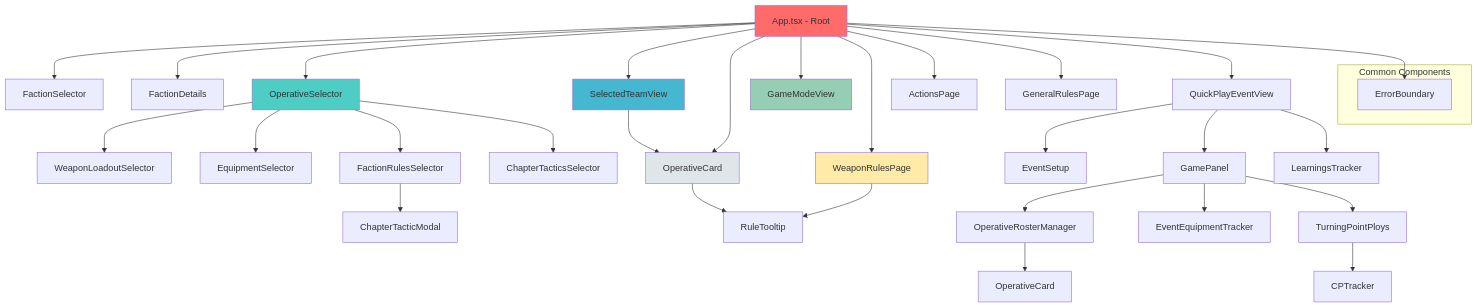
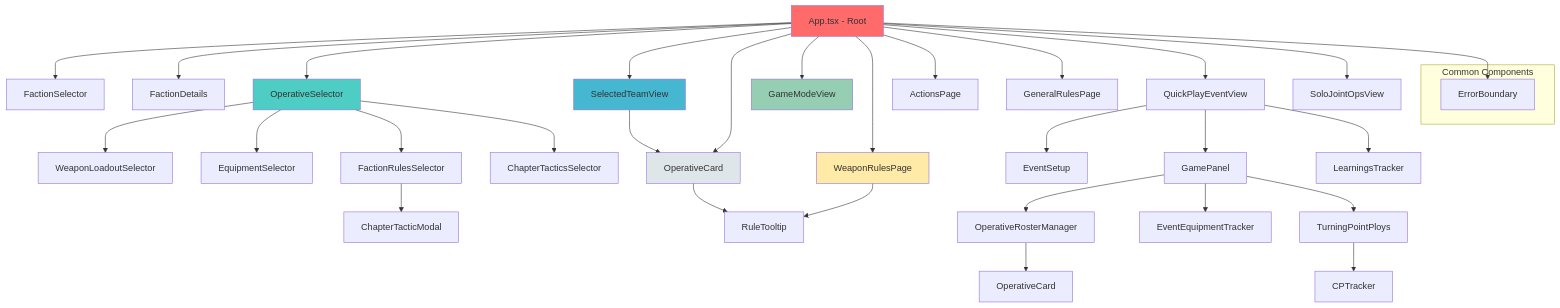
Before and after one commit to aaronbridgeman/wh40k-killteamtools: the second of 6 diagrams in ARCHITECTURE.md, drawn with Mermaid. The commit also changed other lines of this file and 6 other files, not shown here.

First line of the commit message:
feat: start solo joint ops implementation with starter workflow

````diff
--- a/ARCHITECTURE.md
+++ b/ARCHITECTURE.md
@@ -69,51 +69,52 @@
 ```mermaid
 graph TD
     App[App.tsx - Root]
 
     App --> FS[FactionSelector]
     App --> FD[FactionDetails]
     App --> OS[OperativeSelector]
     App --> STV[SelectedTeamView]
     App --> OC[OperativeCard]
     App --> GMV[GameModeView]
     App --> WRP[WeaponRulesPage]
     App --> AP[ActionsPage]
     App --> GRP[GeneralRulesPage]
     App --> QPE[QuickPlayEventView]
+    App --> SJO[SoloJointOpsView]
 
     QPE --> ES2[EventSetup]
     QPE --> GP[GamePanel]
     QPE --> LT[LearningsTracker]
 
     GP --> ORM[OperativeRosterManager]
     GP --> EET[EventEquipmentTracker]
     GP --> TPP[TurningPointPloys]
 
     ORM --> OC2[OperativeCard]
     TPP --> CPT[CPTracker]
 
     OS --> WLS[WeaponLoadoutSelector]
     OS --> ES[EquipmentSelector]
     OS --> FRS[FactionRulesSelector]
     OS --> CTS[ChapterTacticsSelector]
 
     STV --> OC
 
     OC --> RT[RuleTooltip]
     WRP --> RT
 
     FRS --> CTM[ChapterTacticModal]
 
     subgraph "Common Components"
         EB[ErrorBoundary]
     end
 
     App --> EB
 
     style App fill:#ff6b6b
     style OS fill:#4ecdc4
     style STV fill:#45b7d1
     style GMV fill:#96ceb4
     style WRP fill:#ffeaa7
     style OC fill:#dfe6e9
 ```
````
